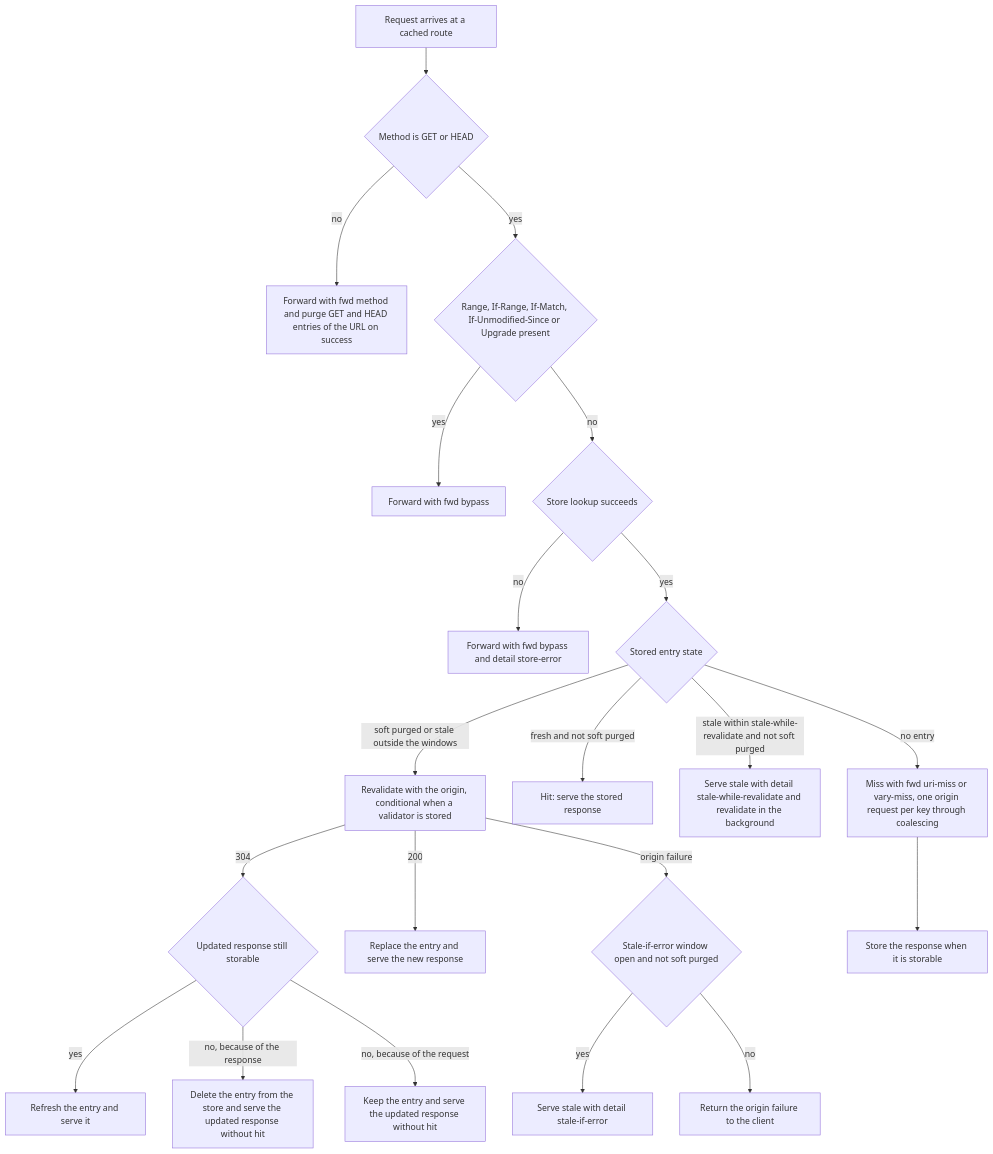
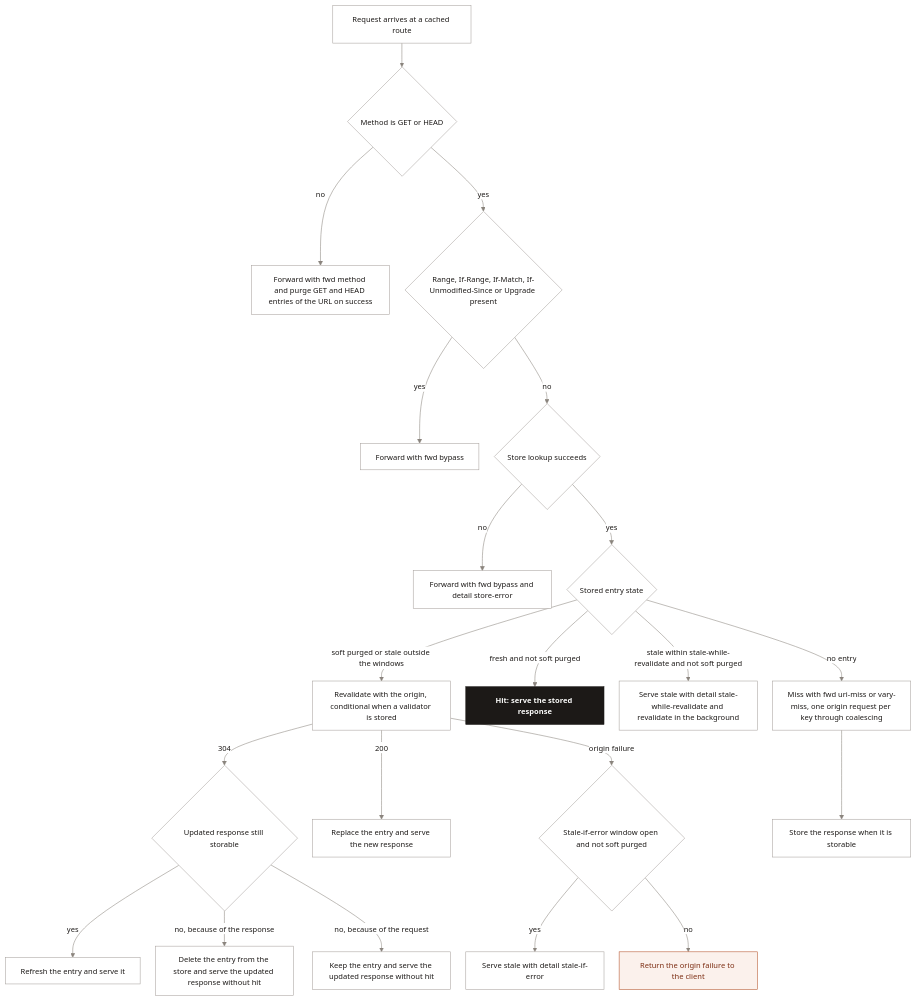
Before and after one commit to ok0/go-microgateway: the first of 2 diagrams in docs/caching.md, drawn with Mermaid. The commit also changed other lines of this file and 4 other files, not shown here.

Commit message:
docs: restyle the Mermaid diagrams with a neutral theme

````diff
--- a/docs/caching.md
+++ b/docs/caching.md
@@ -128,23 +128,29 @@
 ```mermaid
+%%{init: {"theme": "base", "themeVariables": {"fontFamily": "-apple-system, BlinkMacSystemFont, Segoe UI, Helvetica, Arial, sans-serif", "fontSize": "14px", "primaryColor": "#ffffff", "primaryTextColor": "#1c1917", "primaryBorderColor": "#a8a29e", "lineColor": "#8a847d", "clusterBkg": "#f5f4f1", "clusterBorder": "#e2dfd9", "titleColor": "#57534e", "edgeLabelBackground": "#ffffff", "actorBkg": "#ffffff", "actorBorder": "#a8a29e", "actorTextColor": "#1c1917", "actorLineColor": "#d6d3cd", "signalColor": "#8a847d", "signalTextColor": "#7d7670", "labelBoxBkgColor": "#f5f4f1", "labelBoxBorderColor": "#d6d3cd", "labelTextColor": "#1c1917", "loopTextColor": "#7d7670", "noteBkgColor": "#f5f4f1", "noteBorderColor": "#d6d3cd", "noteTextColor": "#1c1917", "activationBkgColor": "#f5f4f1", "activationBorderColor": "#a8a29e"}, "flowchart": {"curve": "basis", "nodeSpacing": 28, "rankSpacing": 44, "padding": 14}}}%%
 flowchart TD
     A["Request arrives at a cached route"] --> B{"Method is GET or HEAD"}
     B -- "no" --> M["Forward with fwd method and purge GET and HEAD entries of the URL on success"]
     B -- "yes" --> C{"Range, If-Range, If-Match, If-Unmodified-Since or Upgrade present"}
     C -- "yes" --> BY["Forward with fwd bypass"]
     C -- "no" --> D{"Store lookup succeeds"}
     D -- "no" --> BE["Forward with fwd bypass and detail store-error"]
     D -- "yes" --> E{"Stored entry state"}
     E -- "no entry" --> MI["Miss with fwd uri-miss or vary-miss, one origin request per key through coalescing"]
     E -- "fresh and not soft purged" --> H["Hit: serve the stored response"]
     E -- "stale within stale-while-revalidate and not soft purged" --> SW["Serve stale with detail stale-while-revalidate and revalidate in the background"]
     E -- "soft purged or stale outside the windows" --> RV["Revalidate with the origin, conditional when a validator is stored"]
     RV -- "304" --> RS{"Updated response still storable"}
     RS -- "yes" --> RF["Refresh the entry and serve it"]
     RS -- "no, because of the response" --> RD["Delete the entry from the store and serve the updated response without hit"]
     RS -- "no, because of the request" --> RK["Keep the entry and serve the updated response without hit"]
     RV -- "200" --> RP["Replace the entry and serve the new response"]
     RV -- "origin failure" --> RE{"Stale-if-error window open and not soft purged"}
     RE -- "yes" --> SIE["Serve stale with detail stale-if-error"]
     RE -- "no" --> FE["Return the origin failure to the client"]
     MI --> ST["Store the response when it is storable"]
+
+    classDef core fill:#1c1917,stroke:#1c1917,color:#fafaf9,font-weight:600
+    classDef stop fill:#fbf1ec,stroke:#b4532a,color:#7c2d12
+    class H core
+    class FE stop
 ```
````
